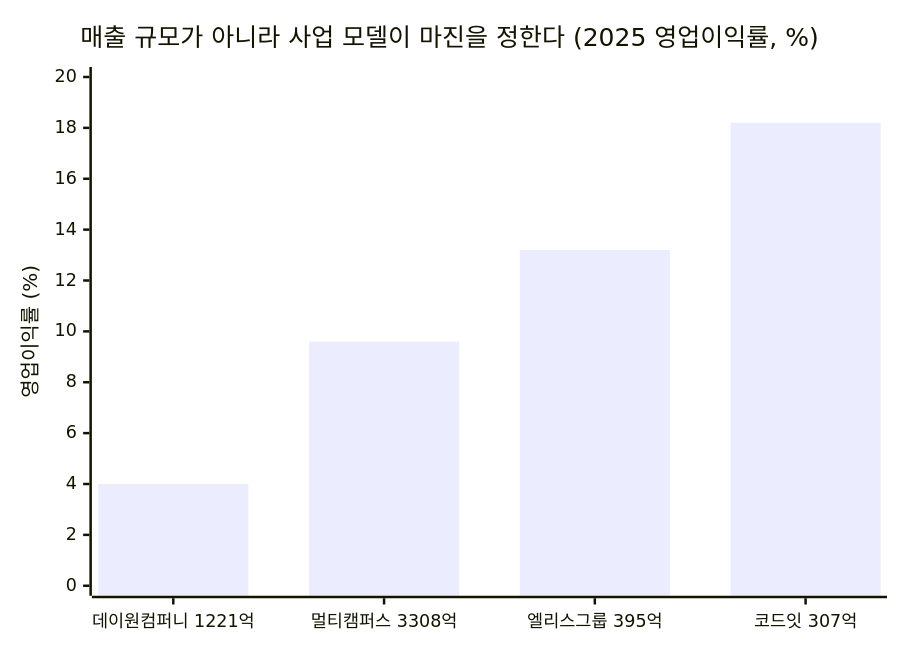
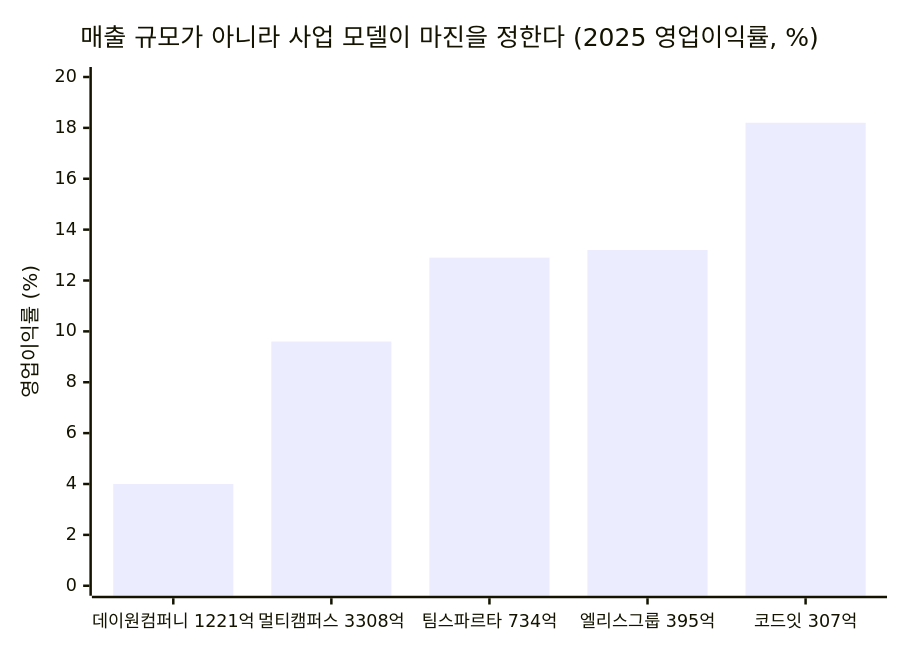
One commit to happai079/business-research-kokjip changed the second of 6 diagrams in deep-research/case-ai-ax-edtech.md. Above: the diagram before and after it, drawn with Mermaid. The commit also changed other lines of this file and 4 other files, not shown here.

````diff
--- a/deep-research/case-ai-ax-edtech.md
+++ b/deep-research/case-ai-ax-edtech.md
@@ -225,7 +254,7 @@
 ```mermaid
 xychart-beta
     title "매출 규모가 아니라 사업 모델이 마진을 정한다 (2025 영업이익률, %)"
-    x-axis ["데이원컴퍼니 1221억", "멀티캠퍼스 3308억", "엘리스그룹 395억", "코드잇 307억"]
+    x-axis ["데이원컴퍼니 1221억", "멀티캠퍼스 3308억", "팀스파르타 734억", "엘리스그룹 395억", "코드잇 307억"]
     y-axis "영업이익률 (%)" 0 --> 20
-    bar [4.0, 9.6, 13.2, 18.2]
+    bar [4.0, 9.6, 12.9, 13.2, 18.2]
 ```
````
